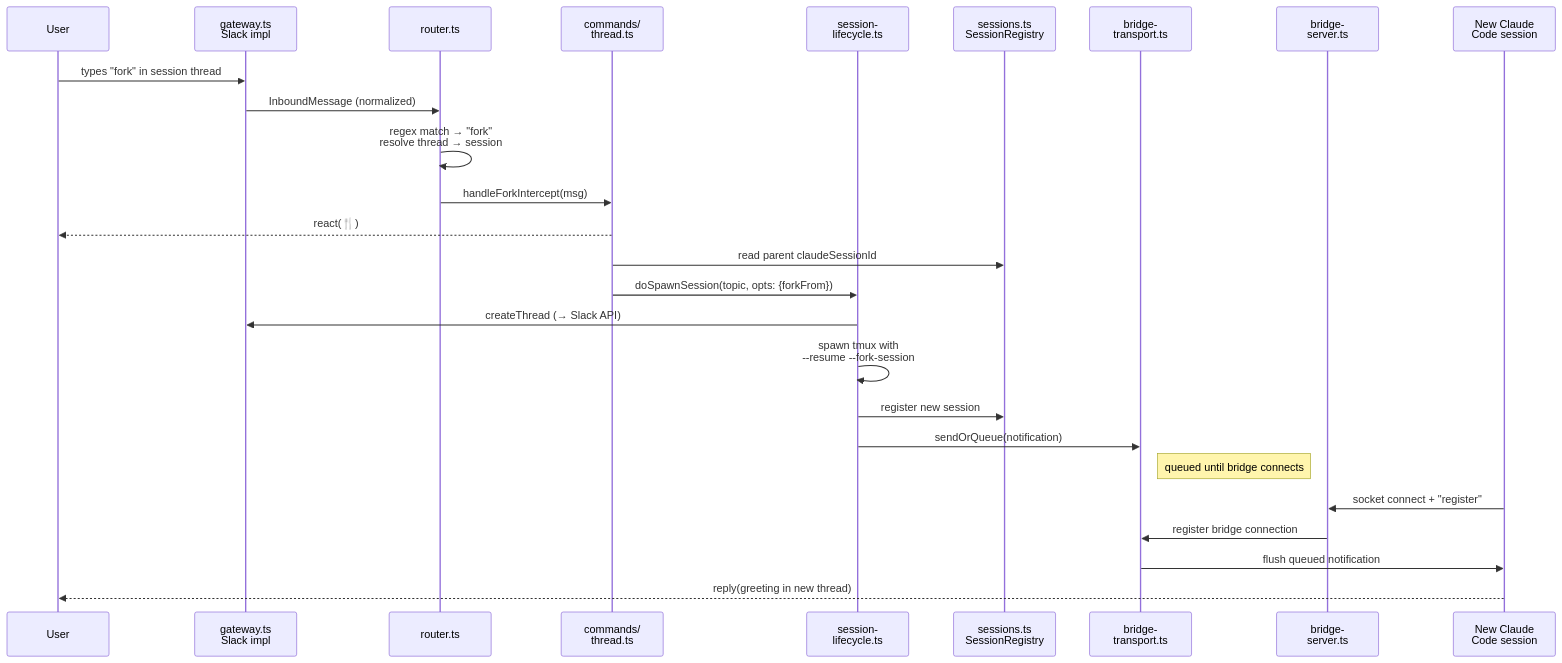
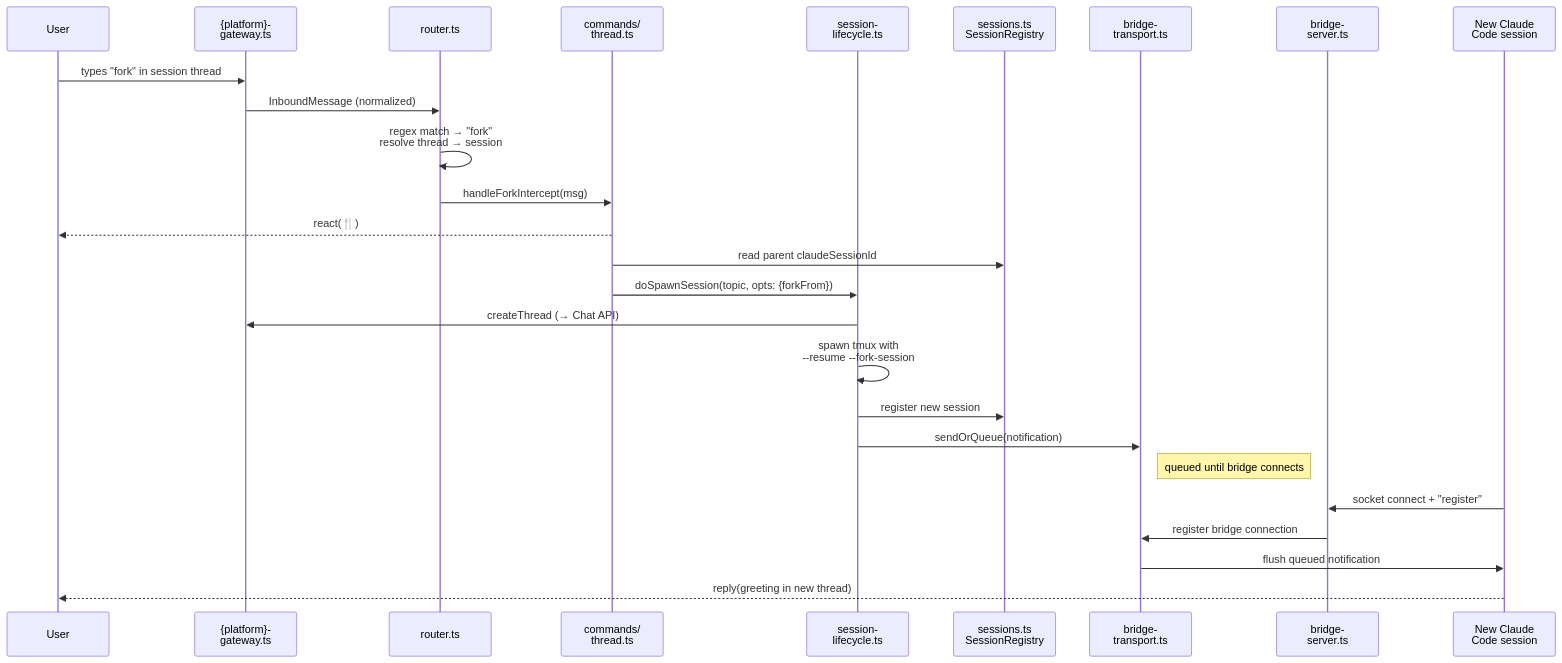
Before and after one commit to sf8193/hydra: the diagram in diagrams/flow-fork.mmd, drawn with Mermaid. The commit also changed 8 other files, not shown here.

First line of the commit message:
feat: diagram audit, README, CLAUDE.md mention

```diff
--- a/diagrams/flow-fork.mmd
+++ b/diagrams/flow-fork.mmd
@@ -1,31 +1,31 @@
 %% Fork Command — Flow Through the Layers
 %% Each layer does one thing and passes to the next.
 %% Swap the gateway implementation and the flow is identical.
 
 sequenceDiagram
     participant User
-    participant gateway as gateway.ts<br/>Slack impl
+    participant gateway as {platform}-<br/>gateway.ts
     participant router as router.ts
     participant thread as commands/<br/>thread.ts
     participant lifecycle as session-<br/>lifecycle.ts
     participant sessions as sessions.ts<br/>SessionRegistry
     participant transport as bridge-<br/>transport.ts
     participant server as bridge-<br/>server.ts
     participant cc as New Claude<br/>Code session
 
     User->>gateway: types "fork" in session thread
     gateway->>router: InboundMessage (normalized)
     router->>router: regex match → "fork"<br/>resolve thread → session
     router->>thread: handleForkIntercept(msg)
     thread-->>User: react(🍴)
     thread->>sessions: read parent claudeSessionId
     thread->>lifecycle: doSpawnSession(topic, opts: {forkFrom})
-    lifecycle->>gateway: createThread (→ Slack API)
+    lifecycle->>gateway: createThread (→ Chat API)
     lifecycle->>lifecycle: spawn tmux with<br/>--resume --fork-session
     lifecycle->>sessions: register new session
     lifecycle->>transport: sendOrQueue(notification)
     Note right of transport: queued until bridge connects
     cc->>server: socket connect + "register"
     server->>transport: register bridge connection
     transport->>cc: flush queued notification
     cc-->>User: reply(greeting in new thread)
```
